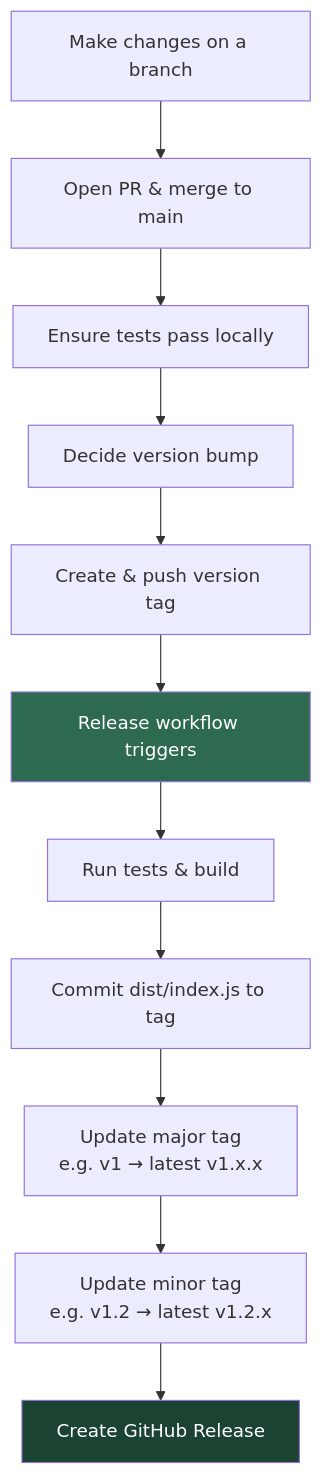
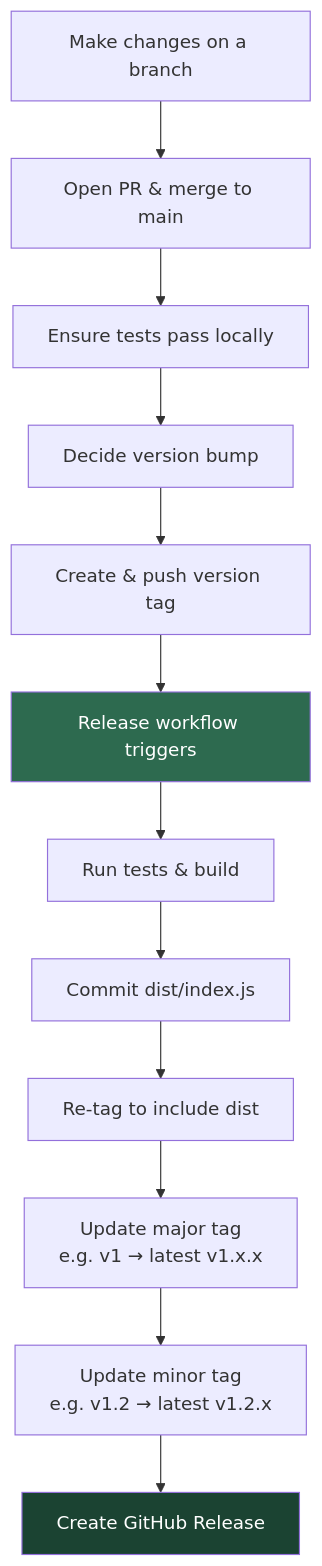
Before and after one commit to memospot/action-dagger: the diagram in RELEASING.md, drawn with Mermaid. The commit also changed other lines of this file and 2 other files, not shown here.

Commit message:
fix: release workflow re-tags after committing dist, test workflow builds dist via artifact

````diff
--- a/RELEASING.md
+++ b/RELEASING.md
@@ -7,17 +7,19 @@
 ```mermaid
 flowchart TD
     A["Make changes on a branch"] --> B["Open PR & merge to main"]
     B --> C["Ensure tests pass locally"]
     C --> D["Decide version bump"]
     D --> E["Create & push version tag"]
     E --> F["Release workflow triggers"]
 
     F --> G["Run tests & build"]
-    G --> H["Commit dist/index.js to tag"]
-    H --> I["Update major tag\ne.g. v1 → latest v1.x.x"]
-    I --> J["Update minor tag\ne.g. v1.2 → latest v1.2.x"]
-    J --> K["Create GitHub Release"]
+    G --> H["Commit dist/index.js"]
+    H --> I["Re-tag to include dist"]
+    I --> J["Update major tag\ne.g. v1 → latest v1.x.x"]
+    J --> K["Update minor tag\ne.g. v1.2 → latest v1.2.x"]
+    K --> L["Create GitHub Release"]
+
 
     style F fill:#2d6a4f,color:#fff
-    style K fill:#1b4332,color:#fff
+    style L fill:#1b4332,color:#fff
 ```
````
